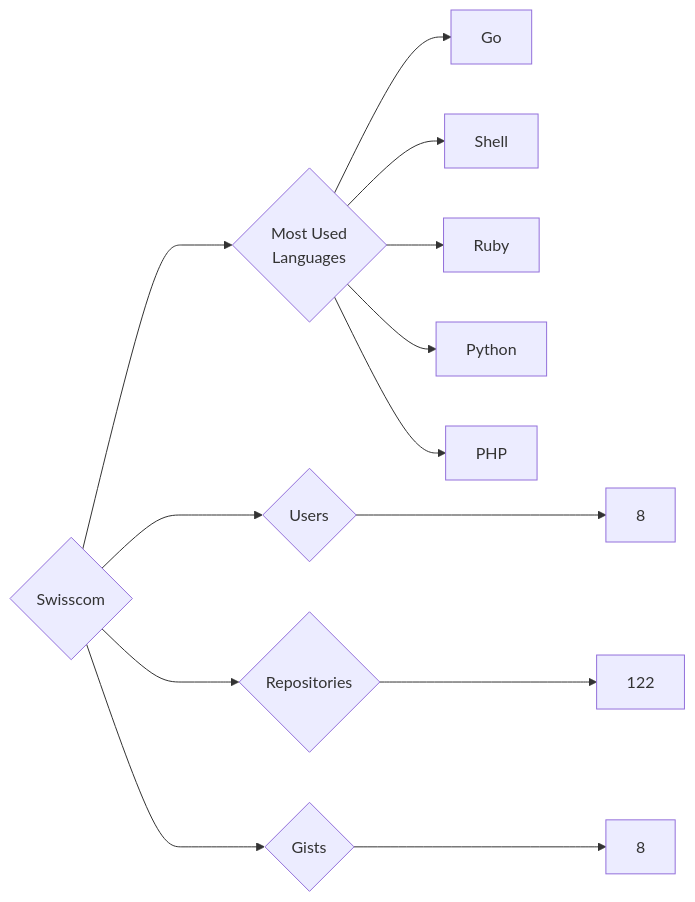
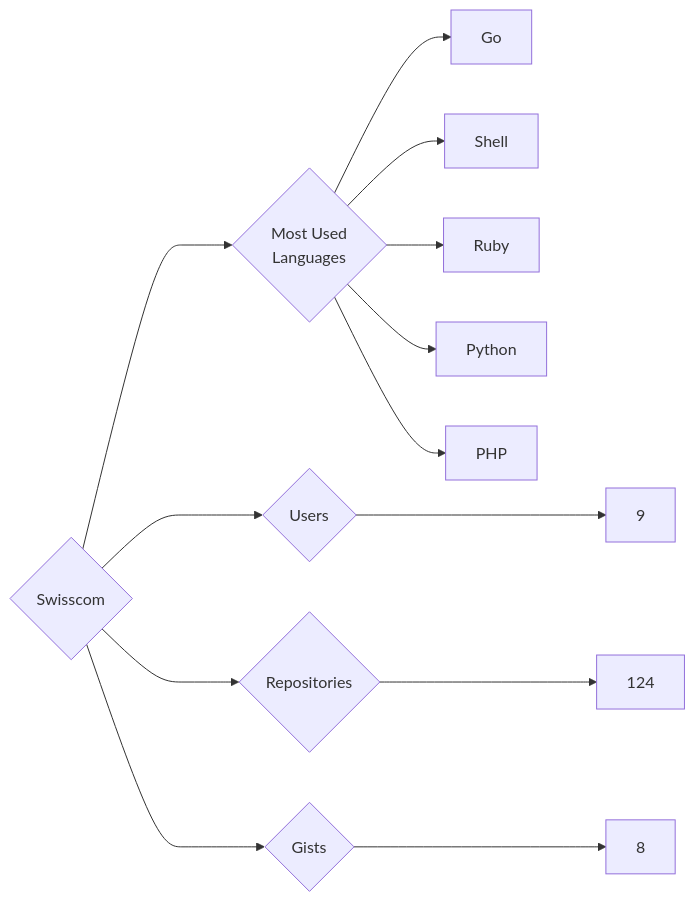
Before and after one commit to trickest/insiders: the diagram in targets/Swisscom/README.md, drawn with Mermaid. The commit also changed 1479 other files, not shown here.

````diff
--- a/targets/Swisscom/README.md
+++ b/targets/Swisscom/README.md
@@ -3,13 +3,13 @@
 ```mermaid
 graph LR
 COMPANY_NAME{Swisscom}
-COMPANY_NAME ---> U{Users} ---> UN[8]
-COMPANY_NAME ---> R{Repositories} ---> RN[122]
+COMPANY_NAME ---> U{Users} ---> UN[9]
+COMPANY_NAME ---> R{Repositories} ---> RN[124]
 COMPANY_NAME ---> G{Gists} ---> GN[8]
 COMPANY_NAME ---> ML{Most Used<br>Languages}
 ML --> Go[Go]
 ML --> Shell[Shell]
 ML --> Ruby[Ruby]
 ML --> Python[Python]
 ML --> PHP[PHP]
 ```
````
